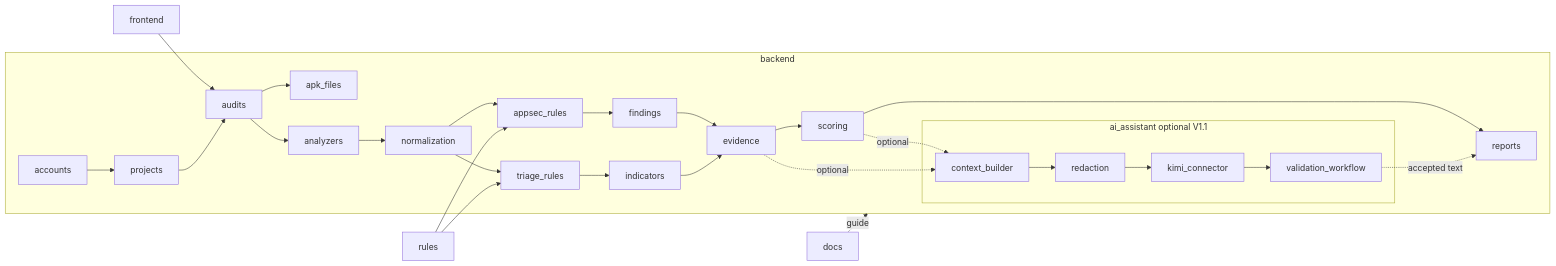
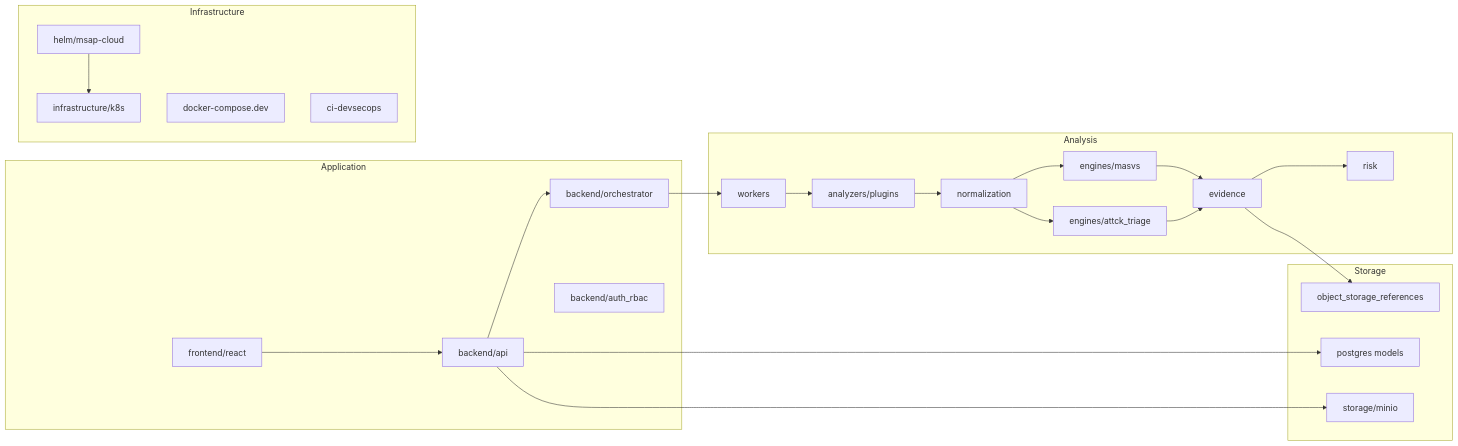
Before and after one commit to nine11-tech/MSAP: the diagram in docs/03_Architecture/12_Package_Module_Diagram.md, drawn with Mermaid. The commit also changed other lines of this file and 44 other files, not shown here.

Commit message:
Pivot MSAP to cloud-native Kubernetes architecture

````diff
--- a/docs/03_Architecture/12_Package_Module_Diagram.md
+++ b/docs/03_Architecture/12_Package_Module_Diagram.md
@@ -7,53 +3,43 @@
 ```mermaid
 flowchart LR
-    FE[frontend]
-
-    subgraph BE[backend]
-        ACC[accounts]
-        PROJ[projects]
-        AUD[audits]
-        APK[apk_files]
-        AN[analyzers]
-        NORM[normalization]
-        APP[appsec_rules]
-        TRI[triage_rules]
-        FIND[findings]
-        IND[indicators]
-        EVID[evidence]
-        SCORE[scoring]
-        REP[reports]
-        subgraph AI[ai_assistant optional V1.1]
-            AICB[context_builder]
-            AIR[redaction]
-            KCON[kimi_connector]
-            AIV[validation_workflow]
-        end
+    subgraph app[Application]
+      FE[frontend/react]
+      API[backend/api]
+      ORCH[backend/orchestrator]
+      AUTH[backend/auth_rbac]
     end
-
-    RULES[rules]
-    DOCS[docs]
-
-    FE --> AUD
-    ACC --> PROJ
-    PROJ --> AUD
-    AUD --> APK
-    AUD --> AN
-    AN --> NORM
-    NORM --> APP
-    NORM --> TRI
-    APP --> FIND
-    TRI --> IND
-    FIND --> EVID
-    IND --> EVID
-    EVID --> SCORE
-    SCORE --> REP
-    SCORE -. optional .-> AICB
-    EVID -. optional .-> AICB
-    AICB --> AIR
-    AIR --> KCON
-    KCON --> AIV
-    AIV -. accepted text .-> REP
-    RULES --> APP
-    RULES --> TRI
-    DOCS -. guide .-> BE
+    subgraph analysis[Analysis]
+      WORKERS[workers]
+      PLUGINS[analyzers/plugins]
+      NORM[normalization]
+      MASVS[engines/masvs]
+      ATTCK[engines/attck_triage]
+      EVID[evidence]
+      RISK[risk]
+    end
+    subgraph storage[Storage]
+      PG[postgres models]
+      OBJ[storage/minio]
+      REFS[object_storage_references]
+    end
+    subgraph infra[Infrastructure]
+      K8S[infrastructure/k8s]
+      HELM[helm/msap-cloud]
+      DEV[docker-compose.dev]
+      CI[ci-devsecops]
+    end
+    FE --> API
+    API --> ORCH
+    ORCH --> WORKERS
+    WORKERS --> PLUGINS
+    PLUGINS --> NORM
+    NORM --> MASVS
+    NORM --> ATTCK
+    MASVS --> EVID
+    ATTCK --> EVID
+    EVID --> RISK
+    API --> PG
+    API --> OBJ
+    EVID --> REFS
+    HELM --> K8S
 ```
````
